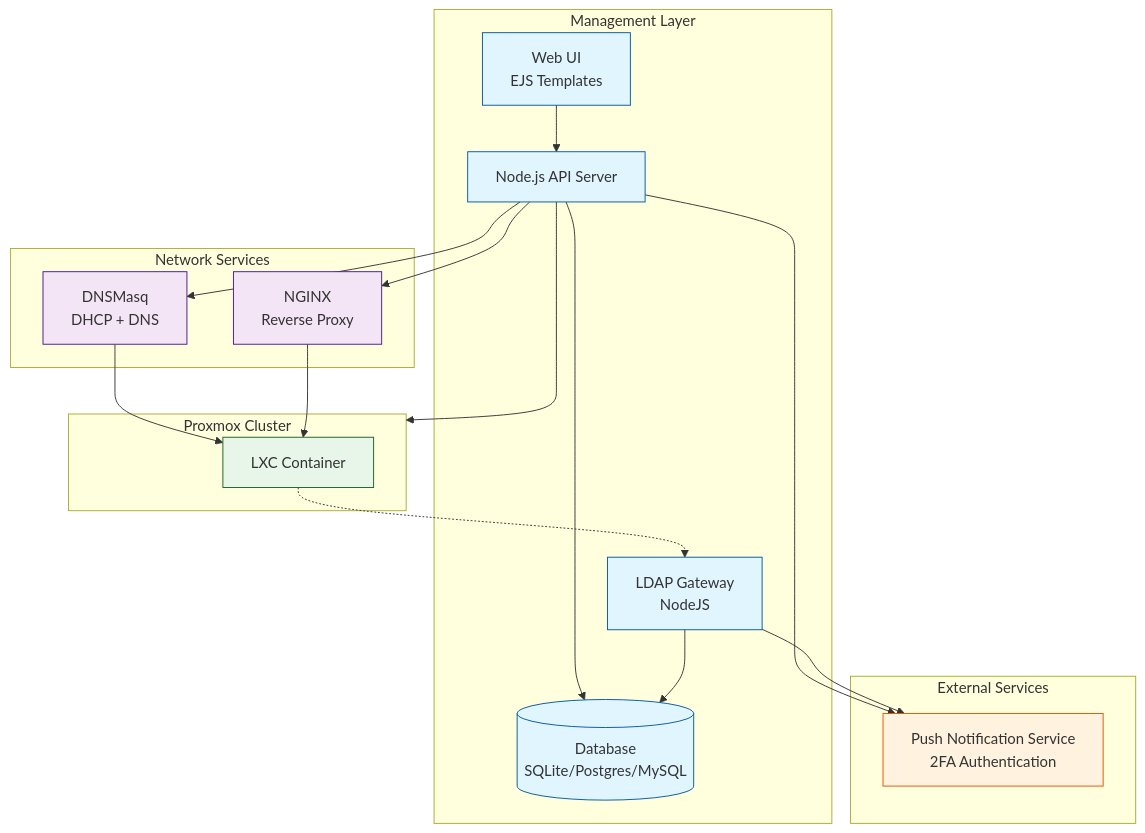
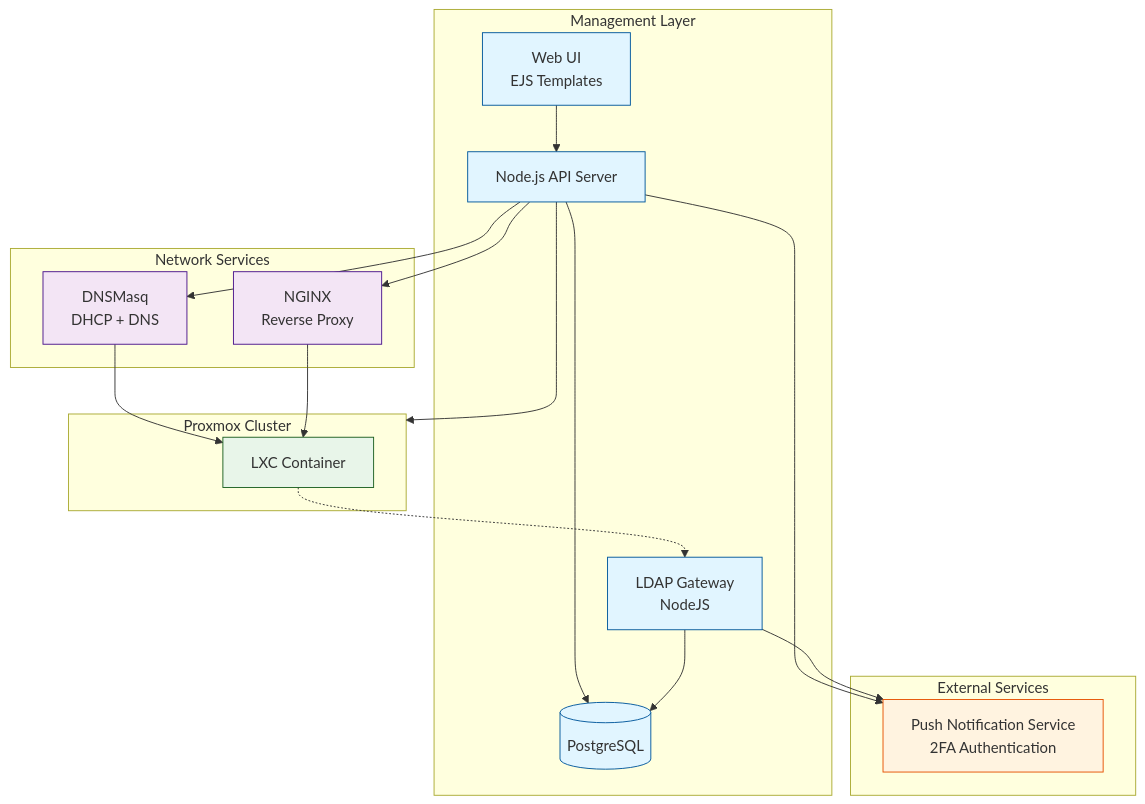
Before and after one commit to mieweb/opensource-server: the first of 4 diagrams in mie-opensource-landing/docs/developers/system-architecture.md, drawn with Mermaid. The commit also changed other lines of this file and 6 other files, not shown here.

````diff
--- a/mie-opensource-landing/docs/developers/system-architecture.md
+++ b/mie-opensource-landing/docs/developers/system-architecture.md
@@ -9,44 +9,44 @@
 ```mermaid
 graph TB
     subgraph "Management Layer"
         WebUI[Web UI<br/>EJS Templates]
         API[Node.js API Server]
-        DB[(Database<br/>SQLite/Postgres/MySQL)]
+        DB[(PostgreSQL)]
         LDAP[LDAP Gateway<br/>NodeJS]
     end
     
     subgraph "Network Services"
         DNS[DNSMasq<br/>DHCP + DNS]
         NGINX[NGINX<br/>Reverse Proxy]
     end
     
     subgraph "External Services"
         PushNotif[Push Notification Service<br/>2FA Authentication]
     end
     
     subgraph PVE[Proxmox Cluster]
         LXC[LXC Container]
     end
     
     WebUI --> API
     API --> DB
     API --> PVE
     API --> DNS
     API --> NGINX
     API --> PushNotif
     LDAP --> DB
     LDAP --> PushNotif
     LXC -.-> LDAP
     DNS --> LXC
     NGINX --> LXC
     
     classDef management fill:#e1f5ff,stroke:#01579b
     classDef network fill:#f3e5f5,stroke:#4a148c
     classDef compute fill:#e8f5e9,stroke:#1b5e20
     classDef external fill:#fff3e0,stroke:#e65100
     
     class WebUI,API,DB,LDAP management
     class DNS,NGINX network
     class LXC compute
     class PushNotif external
 ```
````
